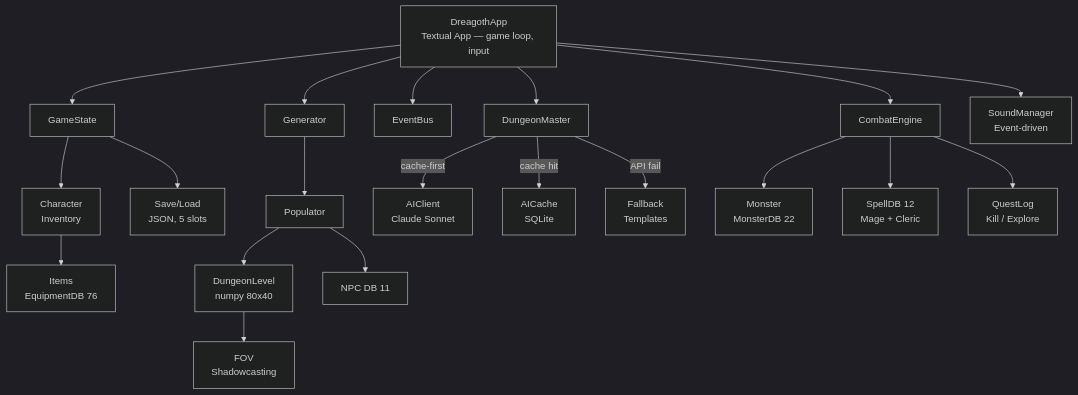
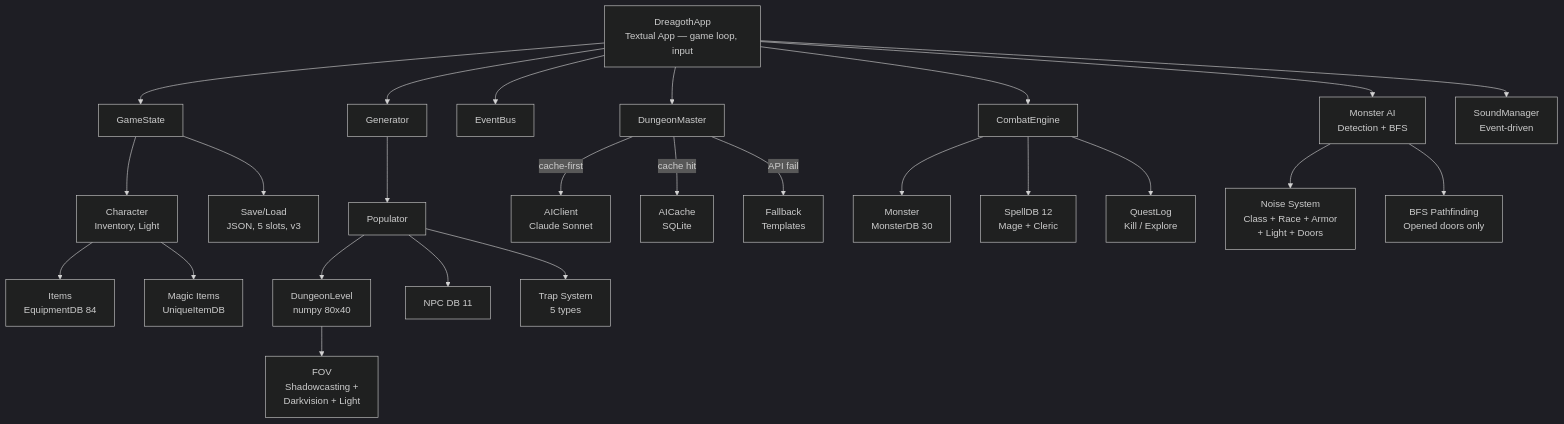
The first of 8 diagrams in doc/ARCHITECTURE.md (rondilley/DungeonsOfDreagoth), drawn with Mermaid (dark theme) before and after one commit. The commit also changed other lines of this file and 40 other files, not shown here.

````diff
--- a/doc/ARCHITECTURE.md
+++ b/doc/ARCHITECTURE.md
@@ -7,29 +7,35 @@
 ```mermaid
 graph TD
     App[DreagothApp<br/>Textual App — game loop, input]
 
     App --> GS[GameState]
     App --> Gen[Generator]
     App --> EB[EventBus]
     App --> DM[DungeonMaster]
     App --> CE[CombatEngine]
+    App --> MonAI[Monster AI<br/>Detection + BFS]
 
-    GS --> Char[Character<br/>Inventory]
-    GS --> SL[Save/Load<br/>JSON, 5 slots]
-    Char --> Items[Items<br/>EquipmentDB 76]
+    GS --> Char[Character<br/>Inventory, Light]
+    GS --> SL[Save/Load<br/>JSON, 5 slots, v3]
+    Char --> Items[Items<br/>EquipmentDB 84]
+    Char --> MagicItems[Magic Items<br/>UniqueItemDB]
 
     Gen --> Pop[Populator]
     Pop --> DL[DungeonLevel<br/>numpy 80x40]
     Pop --> NPCs[NPC DB 11]
-    DL --> FOV[FOV<br/>Shadowcasting]
+    Pop --> Traps[Trap System<br/>5 types]
+    DL --> FOV[FOV<br/>Shadowcasting +<br/>Darkvision + Light]
 
     DM -->|cache-first| AIC[AIClient<br/>Claude Sonnet]
     DM -->|cache hit| Cache[AICache<br/>SQLite]
     DM -->|API fail| FB[Fallback<br/>Templates]
 
-    CE --> Mon[Monster<br/>MonsterDB 22]
+    CE --> Mon[Monster<br/>MonsterDB 30]
     CE --> Spells[SpellDB 12<br/>Mage + Cleric]
     CE --> Quests[QuestLog<br/>Kill / Explore]
 
+    MonAI --> Noise[Noise System<br/>Class + Race + Armor<br/>+ Light + Doors]
+    MonAI --> BFS[BFS Pathfinding<br/>Opened doors only]
+
     App --> Audio[SoundManager<br/>Event-driven]
 ```
````
